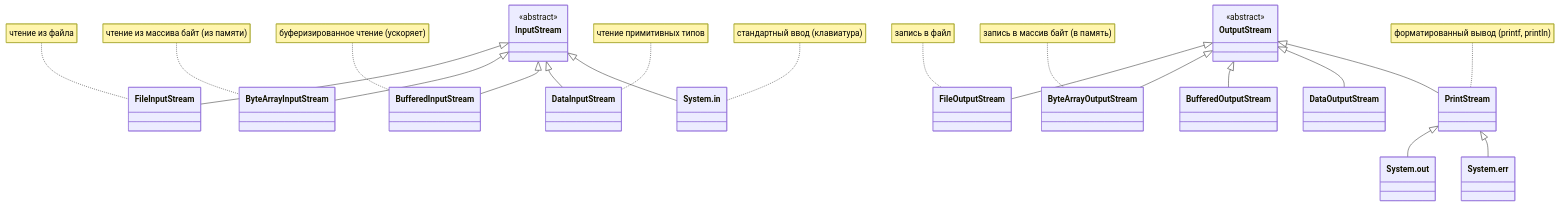
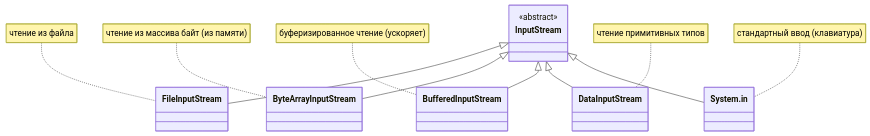
Before and after one commit to AliEbraheem-fun/Modern-Programming-Technologies: the third of 8 diagrams in lecture5.md, drawn with Mermaid. The commit also changed other lines of this file and 1 other file, not shown here.

Commit message:
Fix Mermaid diagrams with disconnected hierarchies rendering shrunk
lecture5.md had two classDiagram blocks each combining two unrelated
class hierarchies with no relationship between them (InputStream +
OutputStream in 2.2, Reader + Writer in 2.3). Mermaid's layout engine
tiles disconnected components side by side in one wide SVG, which then
gets squeezed to fit the page width -- exactly the "shrunk figure"
problem flagged against a live screenshot of 2.2.

Split both into separate consecutive diagram blocks, one hierarchy
per block, each with its own short lead-in sentence. Verified via a
proper connected-components analysis across all 42 Mermaid diagrams
in the repo that no other block has this pattern (5 other blocks were
initially flagged by the same check but confirmed as false positives
from chained one-line edges and bare-word edge labels the checker
couldn't parse -- all are genuinely single connected diagrams).

````diff
--- a/lecture5.md
+++ b/lecture5.md
@@ -285,30 +287,16 @@
 ```mermaid
 classDiagram
     class InputStream { <<abstract>> }
     InputStream <|-- FileInputStream
     InputStream <|-- ByteArrayInputStream
     InputStream <|-- BufferedInputStream
     InputStream <|-- DataInputStream
     InputStream <|-- SystemIn
     class SystemIn["System.in"]
 
-    class OutputStream { <<abstract>> }
-    OutputStream <|-- FileOutputStream
-    OutputStream <|-- ByteArrayOutputStream
-    OutputStream <|-- BufferedOutputStream
-    OutputStream <|-- DataOutputStream
-    OutputStream <|-- PrintStream
-    PrintStream <|-- SystemOut
-    PrintStream <|-- SystemErr
-    class SystemOut["System.out"]
-    class SystemErr["System.err"]
-
     note for FileInputStream "чтение из файла"
     note for ByteArrayInputStream "чтение из массива байт (из памяти)"
     note for BufferedInputStream "буферизированное чтение (ускоряет)"
     note for DataInputStream "чтение примитивных типов"
     note for SystemIn "стандартный ввод (клавиатура)"
-    note for FileOutputStream "запись в файл"
-    note for ByteArrayOutputStream "запись в массив байт (в память)"
-    note for PrintStream "форматированный вывод (printf, println)"
 ```
````
